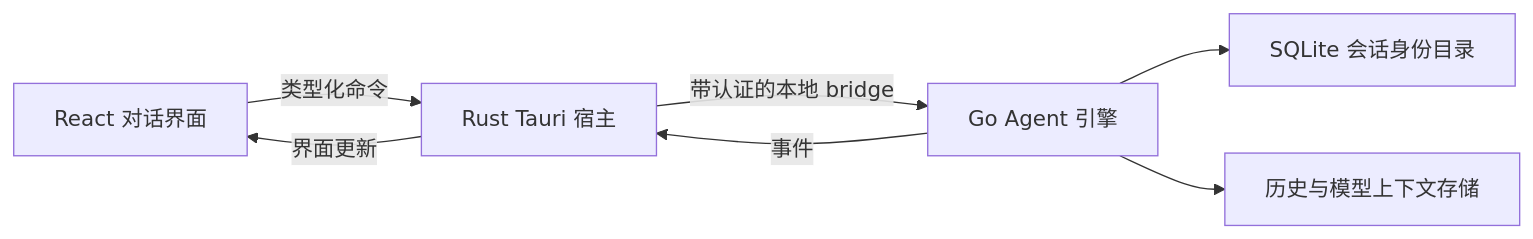
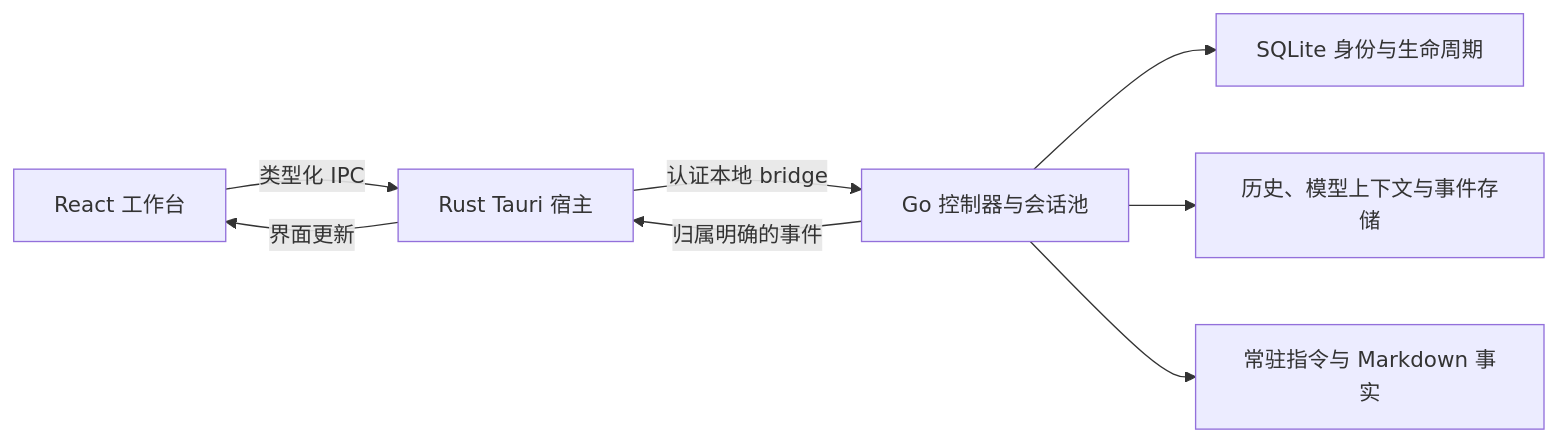
The diagram in README.zh-CN.md (woaidachengzi/DeepSeek-Reasonix), drawn with Mermaid before and after one commit. The commit also changed other lines of this file and 2 other files, not shown here.

Commit message:
docs: refresh Tauri readmes for Cua voice and platform progress

````diff
--- a/README.zh-CN.md
+++ b/README.zh-CN.md
@@ -70,9 +88,10 @@
 ```mermaid
 flowchart LR
-    UI[React 对话界面] -->|类型化命令| Host[Rust Tauri 宿主]
-    Host -->|带认证的本地 bridge| Engine[Go Agent 引擎]
-    Engine --> Directory[SQLite 会话身份目录]
-    Engine --> History[历史与模型上下文存储]
-    Engine -->|事件| Host
+    UI[React 工作台] -->|类型化 IPC| Host[Rust Tauri 宿主]
+    Host -->|认证本地 bridge| Engine[Go 控制器与会话池]
+    Engine --> Identity[SQLite 身份与生命周期]
+    Engine --> Transcript[历史、模型上下文与事件存储]
+    Engine --> Memory[常驻指令与 Markdown 事实]
+    Engine -->|归属明确的事件| Host
     Host -->|界面更新| UI
 ```
````
